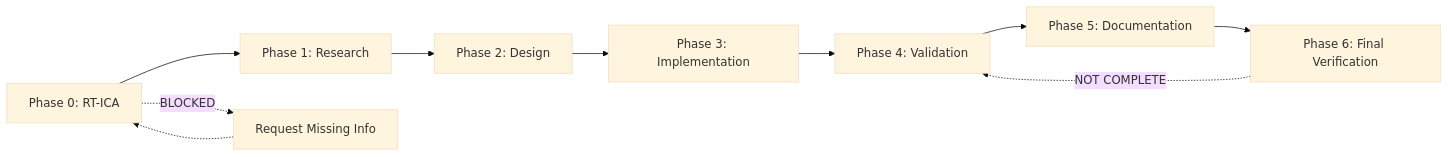
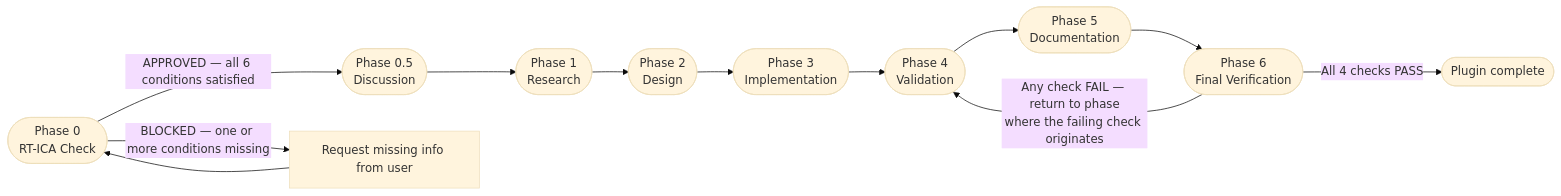
One commit to chgreer1070/claude_skills changed the first of 11 diagrams in plugins/plugin-creator/skills/plugin-creator/references/workflow-diagram.md. Above: the diagram before and after it, drawn with Mermaid (base theme). The commit also changed other lines of this file and 18 other files, not shown here.

````diff
--- a/plugins/plugin-creator/skills/plugin-creator/references/workflow-diagram.md
+++ b/plugins/plugin-creator/skills/plugin-creator/references/workflow-diagram.md
@@ -9,13 +12,24 @@
 ```mermaid
 flowchart LR
-    P0[Phase 0: RT-ICA] --> P1[Phase 1: Research]
-    P1 --> P2[Phase 2: Design]
-    P2 --> P3[Phase 3: Implementation]
-    P3 --> P4[Phase 4: Validation]
-    P4 --> P5[Phase 5: Documentation]
-    P5 --> P6[Phase 6: Final Verification]
+    P0(["Phase 0<br>RT-ICA Check"])
+    P05(["Phase 0.5<br>Discussion"])
+    P1(["Phase 1<br>Research"])
+    P2(["Phase 2<br>Design"])
+    P3(["Phase 3<br>Implementation"])
+    P4(["Phase 4<br>Validation"])
+    P5(["Phase 5<br>Documentation"])
+    P6(["Phase 6<br>Final Verification"])
+    Done(["Plugin complete"])
 
-    P0 -.-> |BLOCKED| REQ[Request Missing Info]
-    REQ -.-> P0
-    P6 -.-> |NOT COMPLETE| P4
+    P0 -->|"APPROVED — all 6 conditions satisfied"| P05
+    P0 -->|"BLOCKED — one or more conditions missing"| RequestInfo["Request missing info from user"]
+    RequestInfo --> P0
+    P05 --> P1
+    P1 --> P2
+    P2 --> P3
+    P3 --> P4
+    P4 --> P5
+    P5 --> P6
+    P6 -->|"All 4 checks PASS"| Done
+    P6 -->|"Any check FAIL — return to phase<br>where the failing check originates"| P4
 ```
````
